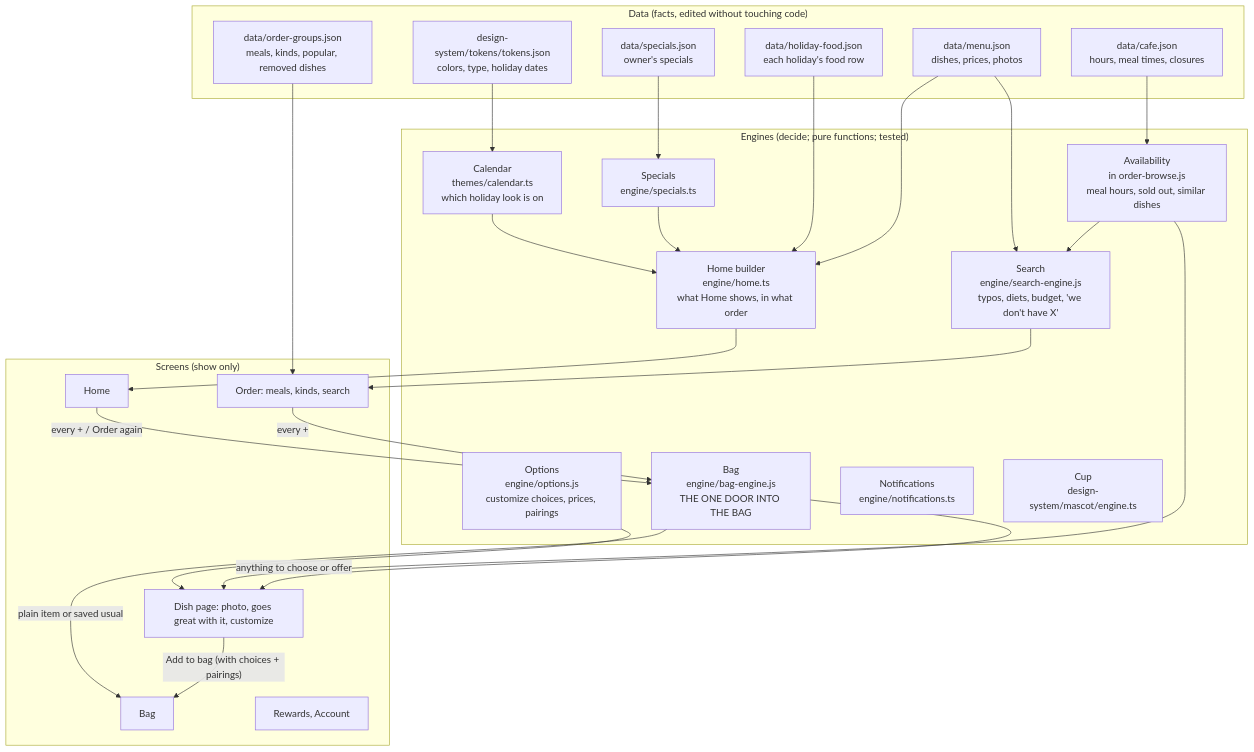
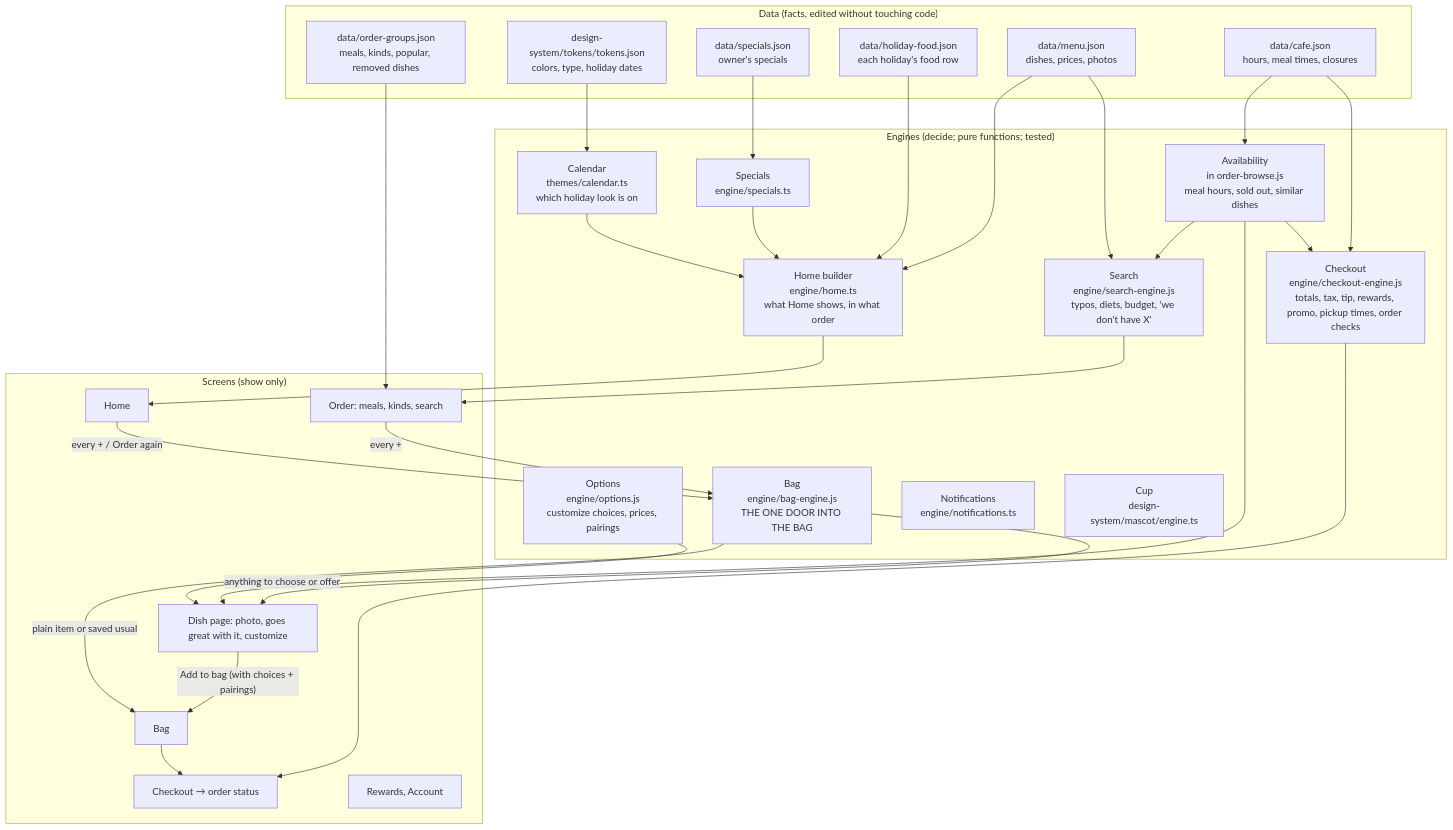
Before and after one commit to Bhargav-Shivbhakta/lr_CAFE: the diagram in ARCHITECTURE.md, drawn with Mermaid. The commit also changed other lines of this file and 9 other files, not shown here.

First line of the commit message:
Checkout: engine, page, order status; moments cover the tab bar

````diff
--- a/ARCHITECTURE.md
+++ b/ARCHITECTURE.md
@@ -10,50 +10,56 @@
 ```mermaid
 flowchart TB
   subgraph DATA["Data (facts, edited without touching code)"]
     menu[data/menu.json<br/>dishes, prices, photos]
     groups[data/order-groups.json<br/>meals, kinds, popular, removed dishes]
     cafe[data/cafe.json<br/>hours, meal times, closures]
     specials[data/specials.json<br/>owner's specials]
     hfood[data/holiday-food.json<br/>each holiday's food row]
     tokens[design-system/tokens/tokens.json<br/>colors, type, holiday dates]
   end
 
   subgraph ENGINES["Engines (decide; pure functions; tested)"]
     cal[Calendar<br/>themes/calendar.ts<br/>which holiday look is on]
     spec[Specials<br/>engine/specials.ts]
     home[Home builder<br/>engine/home.ts<br/>what Home shows, in what order]
     avail[Availability<br/>in order-browse.js<br/>meal hours, sold out, similar dishes]
     opts[Options<br/>engine/options.js<br/>customize choices, prices, pairings]
     search[Search<br/>engine/search-engine.js<br/>typos, diets, budget, 'we don't have X']
     bag[Bag<br/>engine/bag-engine.js<br/>THE ONE DOOR INTO THE BAG]
+    co[Checkout<br/>engine/checkout-engine.js<br/>totals, tax, tip, rewards, promo, pickup times, order checks]
     notify[Notifications<br/>engine/notifications.ts]
     mascot[Cup<br/>design-system/mascot/engine.ts]
   end
 
   subgraph SCREENS["Screens (show only)"]
     shome[Home]
     sorder[Order: meals, kinds, search]
     sdish[Dish page: photo, goes great with it, customize]
     sbag[Bag]
+    scheck[Checkout → order status]
     sacct[Rewards, Account]
   end
 
   tokens --> cal --> home
   specials --> spec --> home
   hfood --> home
   menu --> home
   cafe --> avail
   groups --> sorder
   menu --> search
   opts --> sdish
   avail --> sdish
   avail --> search
   home --> shome
   search --> sorder
 
   shome -- "every + / Order again" --> bag
   sorder -- "every +" --> bag
   bag -- "anything to choose or offer" --> sdish
   bag -- "plain item or saved usual" --> sbag
   sdish -- "Add to bag (with choices + pairings)" --> sbag
+  sbag --> scheck
+  co --> scheck
+  avail --> co
+  cafe --> co
 ```
````
